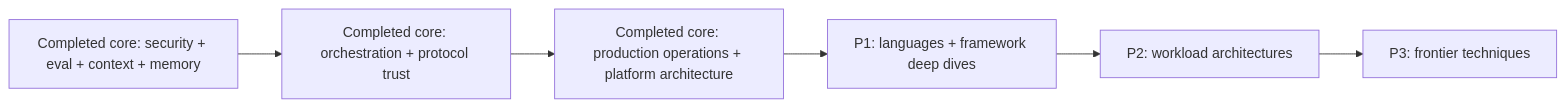
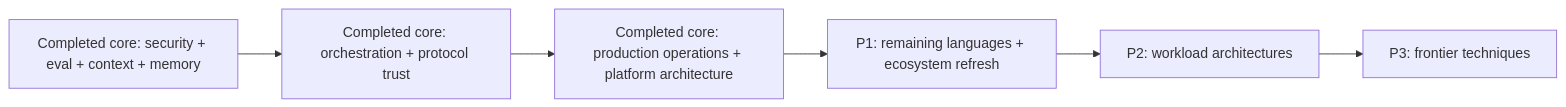
One commit to lofingoindia/agent-master-guide-playbook changed the diagram in docs/research/coverage-map.md. Above: the diagram before and after it, drawn with Mermaid. The commit also changed other lines of this file and 958 other files, not shown here.

````diff
--- a/docs/research/coverage-map.md
+++ b/docs/research/coverage-map.md
@@ -37,8 +39,8 @@
 ```mermaid
 flowchart LR
     P0["Completed core: security + eval + context + memory"] --> P1["Completed core: orchestration + protocol trust"]
     P1 --> P2["Completed core: production operations + platform architecture"]
-    P2 --> P3["P1: languages + framework deep dives"]
+    P2 --> P3["P1: remaining languages + ecosystem refresh"]
     P3 --> P4["P2: workload architectures"]
     P4 --> P5["P3: frontier techniques"]
 ```
````
